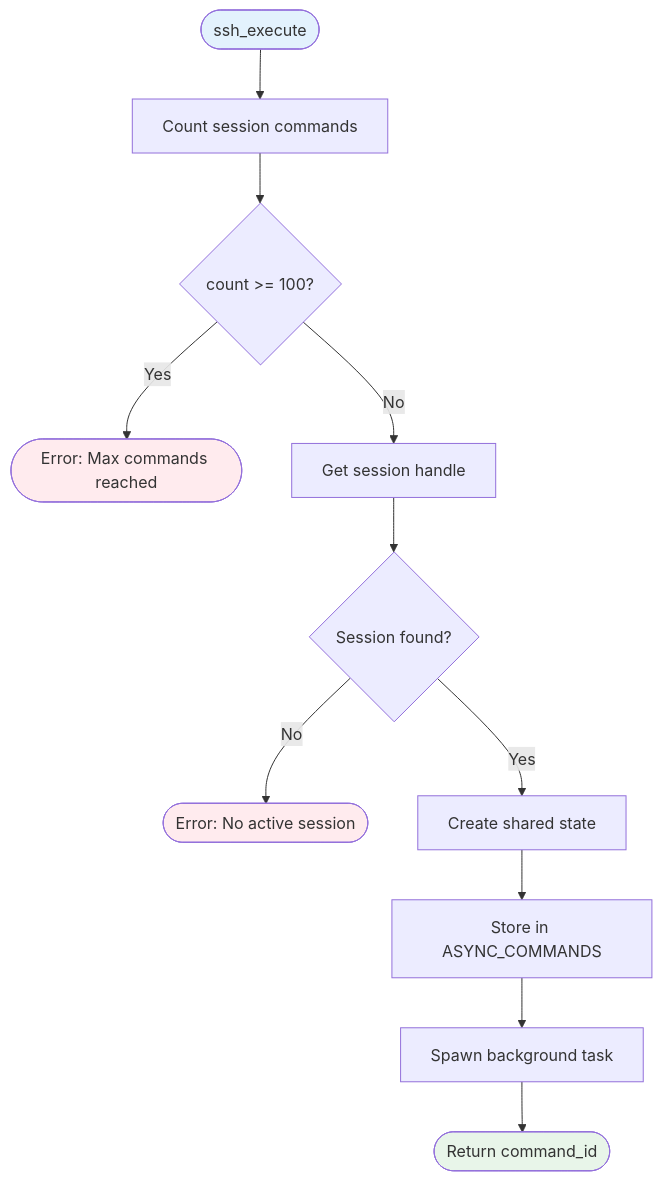
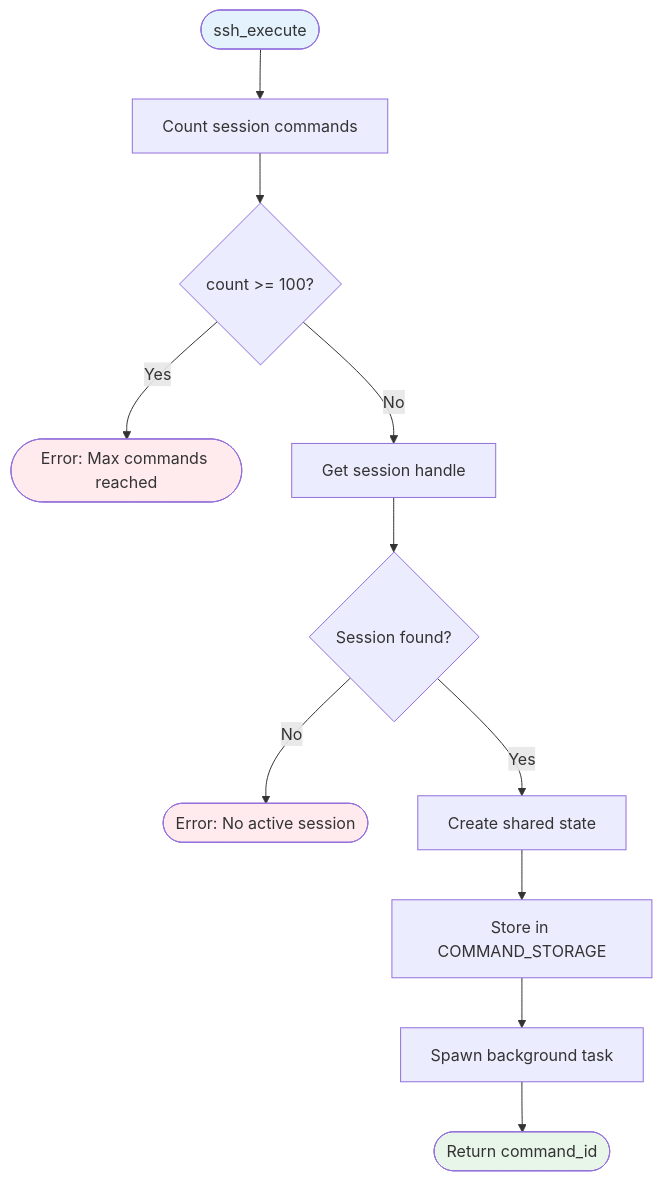
One commit to farchanjo/ssh-mcp changed diagram 11 of 24 in docs/FLOWS.md. Above: the diagram before and after it, drawn with Mermaid. The commit also changed other lines of this file and 2 other files, not shown here.

````diff
--- a/docs/FLOWS.md
+++ b/docs/FLOWS.md
@@ -568,21 +568,21 @@
 ```mermaid
 flowchart TD
     Start([ssh_execute]) --> CountCommands[Count session commands]
     CountCommands --> CheckLimit{count >= 100?}
 
     CheckLimit -->|Yes| RejectError([Error: Max commands reached])
     CheckLimit -->|No| GetSession[Get session handle]
 
     GetSession --> SessionExists{Session found?}
     SessionExists -->|No| SessionError([Error: No active session])
     SessionExists -->|Yes| CreateState[Create shared state]
 
-    CreateState --> Store[Store in ASYNC_COMMANDS]
+    CreateState --> Store[Store in COMMAND_STORAGE]
     Store --> Spawn[Spawn background task]
     Spawn --> Return([Return command_id])
 
     style Start fill:#e3f2fd
     style Return fill:#e8f5e9
     style RejectError fill:#ffebee
     style SessionError fill:#ffebee
 ```
````
